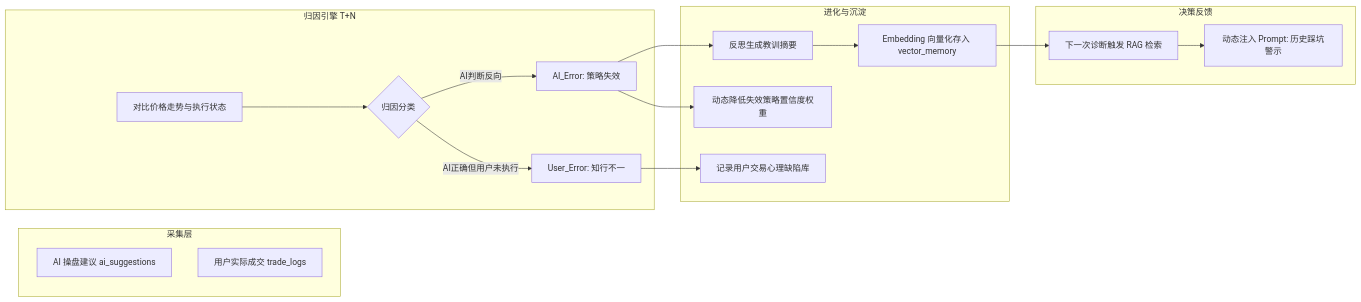
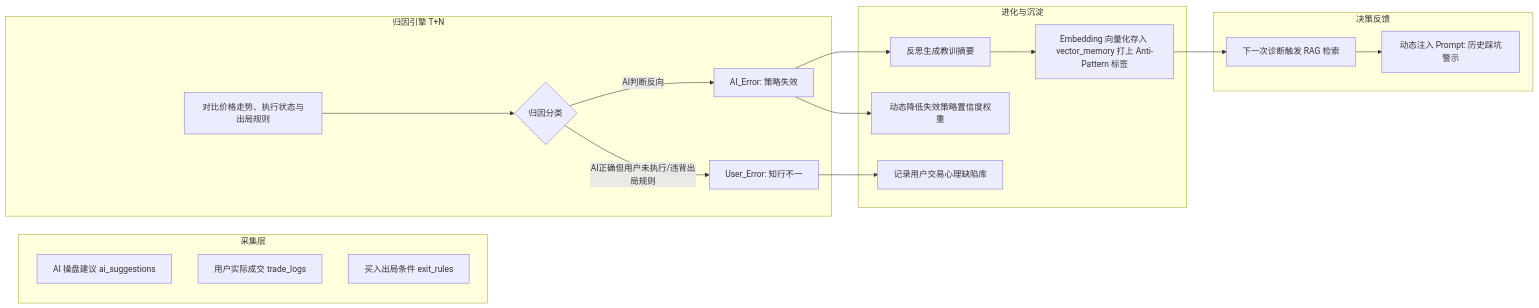
Before and after one commit to sinojelly/wealthsail: the fourth of 5 diagrams in docs/01.WealthSail投研平台需求文档.md, drawn with Mermaid. The commit also changed other lines of this file, not shown here.

````diff
--- a/docs/01.WealthSail投研平台需求文档.md
+++ b/docs/01.WealthSail投研平台需求文档.md
@@ -175,23 +226,24 @@
 ```mermaid
 flowchart LR
     subgraph 采集层
         A1[AI 操盘建议 ai_suggestions]
         A2[用户实际成交 trade_logs]
+        A3[买入出局条件 exit_rules]
     end
     subgraph 归因引擎 T+N
-        B[对比价格走势与执行状态]
+        B[对比价格走势、执行状态与出局规则]
         B --> C{归因分类}
         C -- AI判断反向 --> D1[AI_Error: 策略失效]
-        C -- AI正确但用户未执行 --> D2[User_Error: 知行不一]
+        C -- AI正确但用户未执行/违背出局规则 --> D2[User_Error: 知行不一]
     end
     subgraph 进化与沉淀
         D1 --> E1[反思生成教训摘要]
-        E1 --> E2[Embedding 向量化存入 vector_memory]
+        E1 --> E2[Embedding 向量化存入 vector_memory 打上 Anti-Pattern 标签]
         D1 --> E3[动态降低失效策略置信度权重]
         D2 --> E4[记录用户交易心理缺陷库]
     end
     subgraph 决策反馈
         E2 --> F[下一次诊断触发 RAG 检索]
         F --> G[动态注入 Prompt: 历史踩坑警示]
     end
 ```
````
